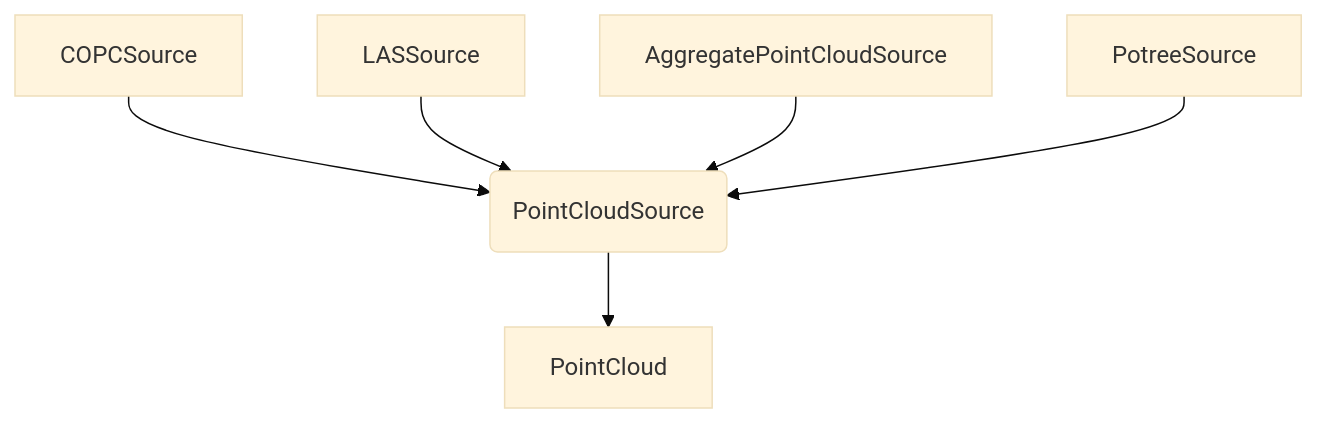
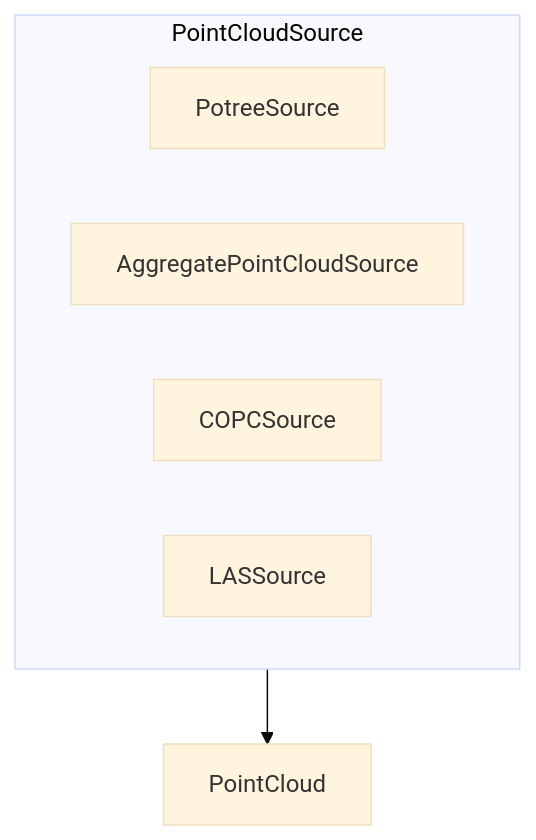
The second of 3 diagrams in ARCHITECTURE.md (giro3d-org/Giro3D), drawn with Mermaid (base theme) before and after one commit. The commit also changed other lines of this file, not shown here.

Commit message:
docs(ARCHITECTURE.md): use subgraphs for better readability

````diff
--- a/ARCHITECTURE.md
+++ b/ARCHITECTURE.md
@@ -44,8 +44,12 @@
 ```mermaid
-graph TD
-    A(PointCloudSource) --> B[PointCloud]
-    COPCSource --> A
-    LASSource --> A
-    AggregatePointCloudSource --> A
-    PotreeSource --> A
+flowchart TD
+
+subgraph PointCloudSource
+    A[PotreeSource]
+    B[AggregatePointCloudSource]
+    C[COPCSource]
+    D[LASSource]
+end
+
+PointCloudSource --> PointCloud
 ```
````
